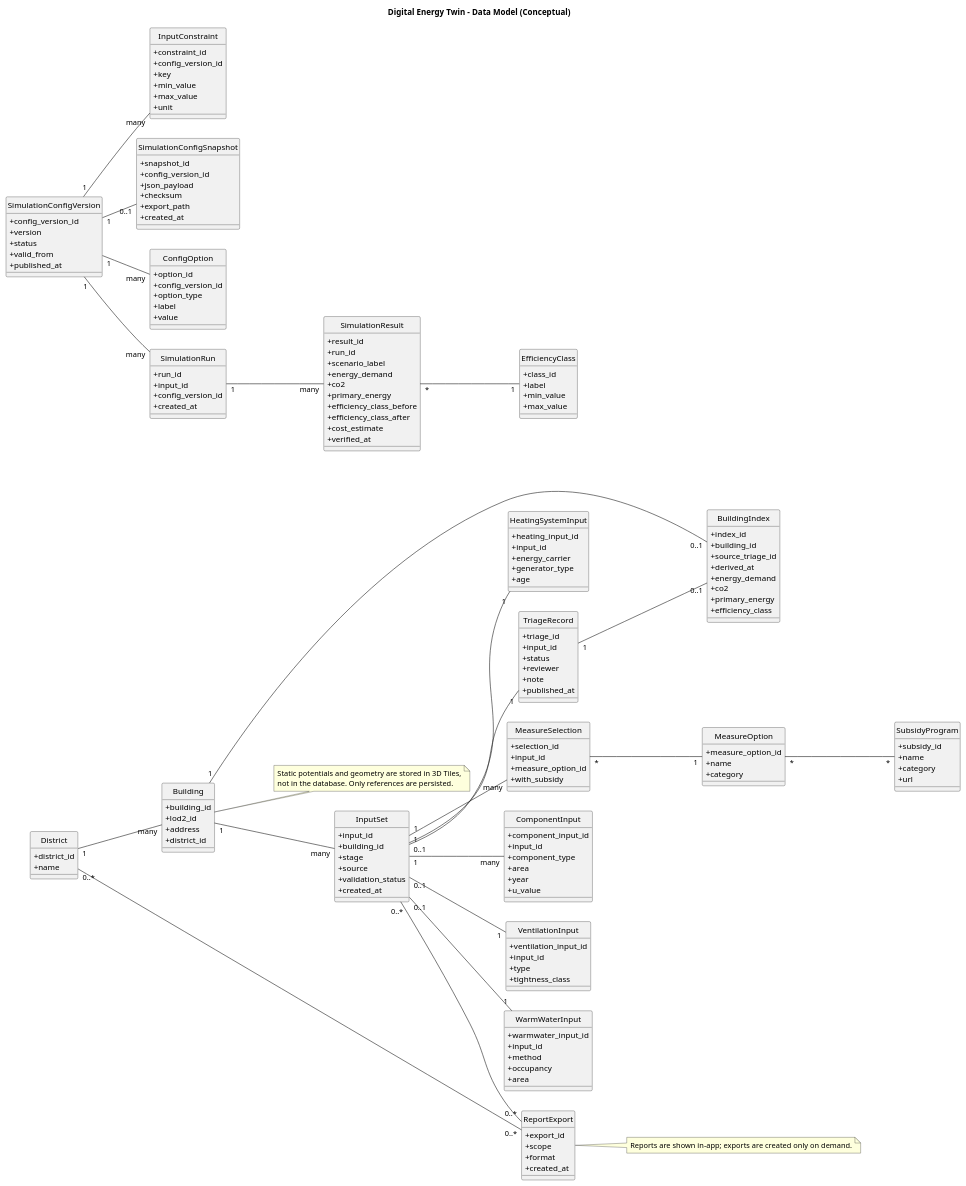
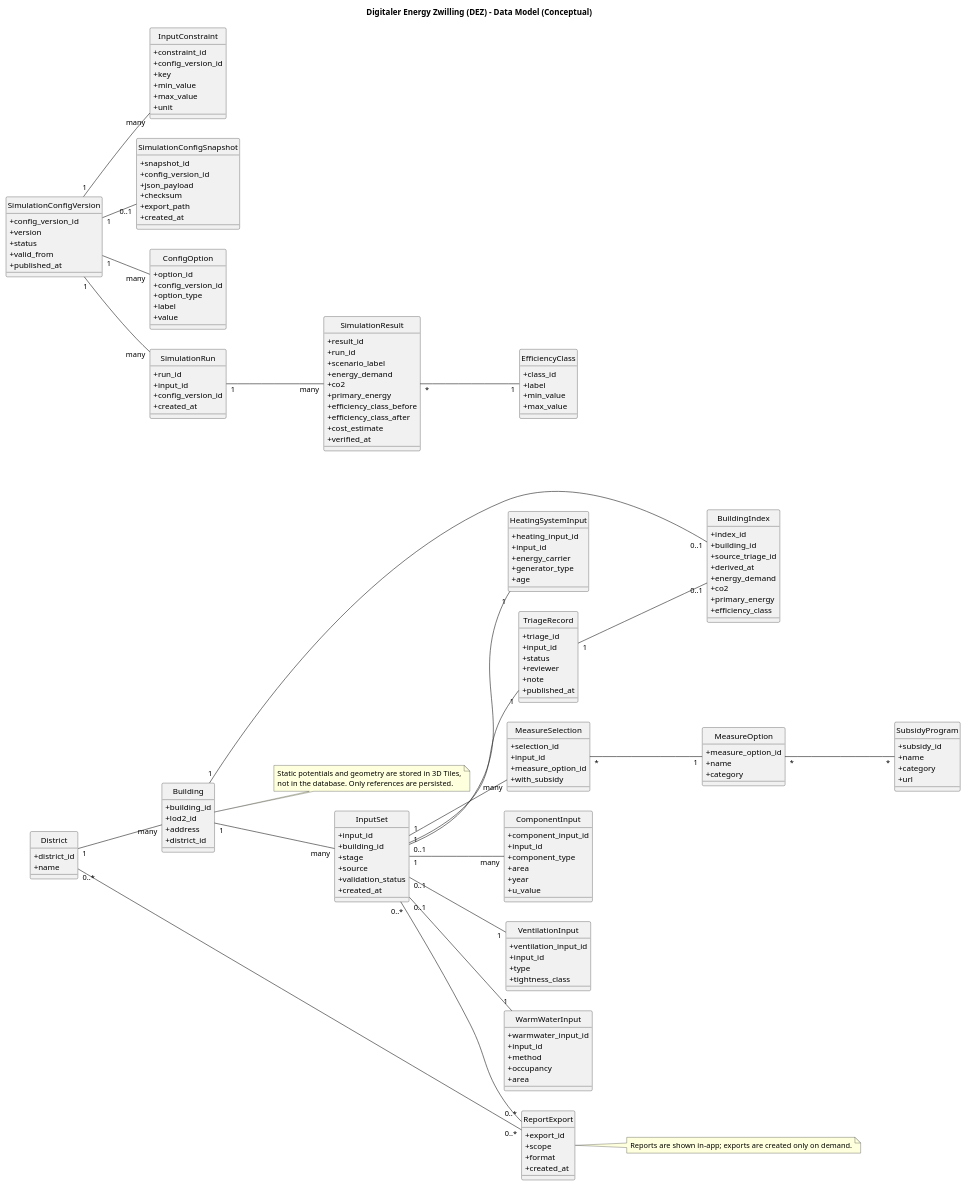
Before and after one commit to csi-FOXBYTE/Regensburg_DigitalerEnergieZwilling_Backend: the diagram in docs/architecture/raw/data-model.puml, drawn with PlantUML. The commit also changed 19 other files, not shown here.

```diff
--- a/docs/architecture/raw/data-model.puml
+++ b/docs/architecture/raw/data-model.puml
@@ -3,7 +3,7 @@
 skinparam classAttributeIconSize 0
 left to right direction
 
-title Digital Energy Twin - Data Model (Conceptual)
+title Digitaler Energy Zwilling (DEZ) - Data Model (Conceptual)
 
 class District {
   +district_id
```
